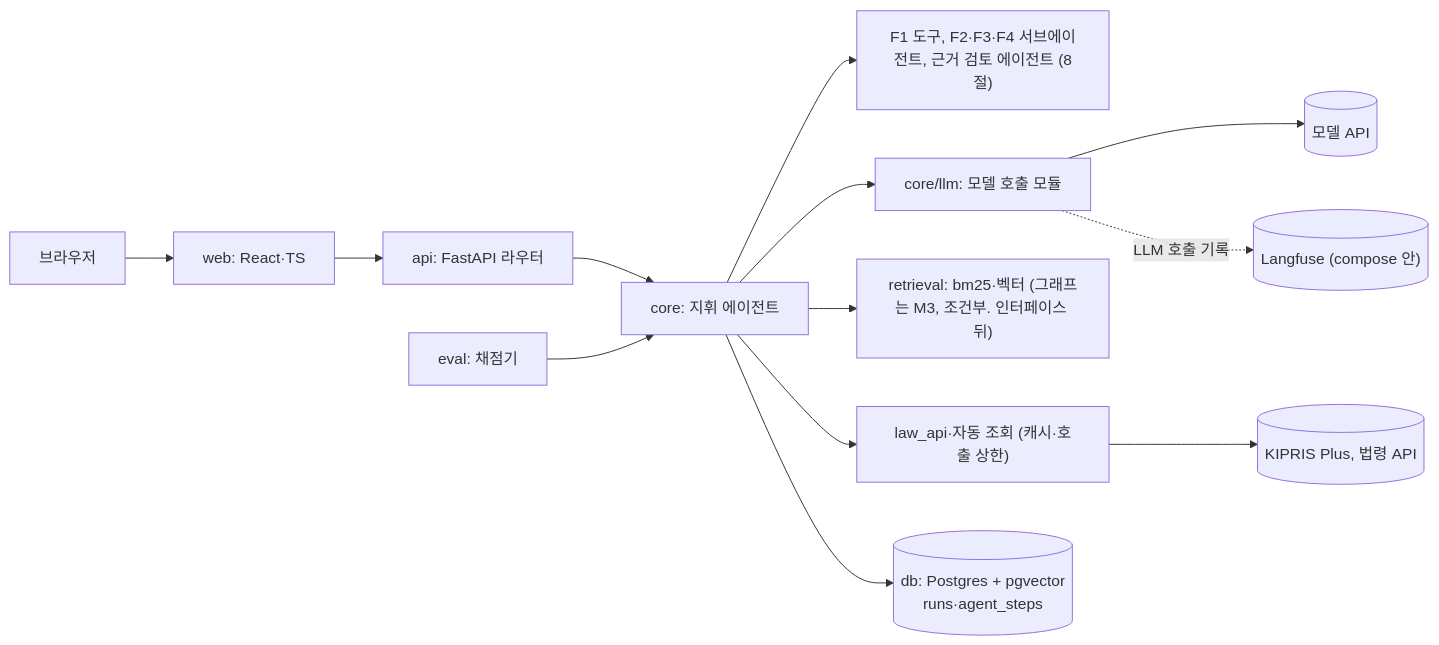
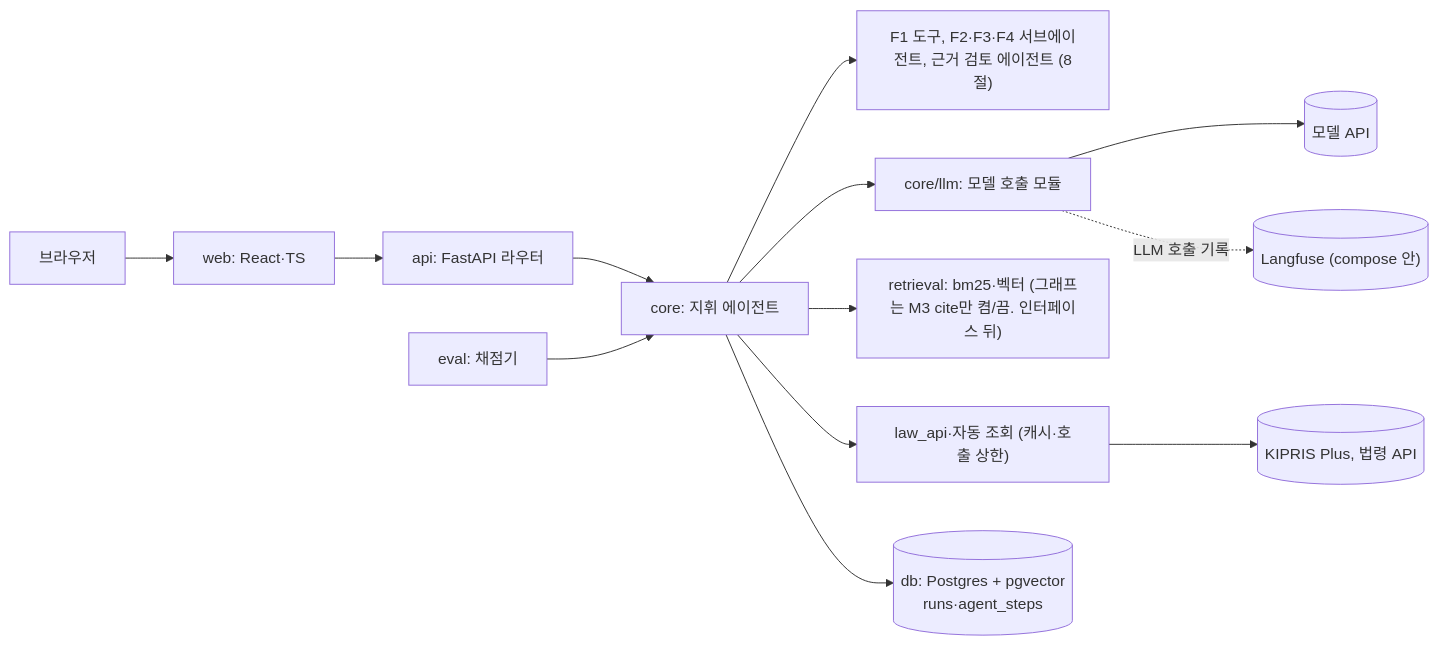
The first of 2 diagrams in docs/architecture.md (merge-mates/patent-ai-workspace), drawn with Mermaid before and after one commit. The commit also changed other lines of this file and 9 other files, not shown here.

````diff
--- a/docs/architecture.md
+++ b/docs/architecture.md
@@ -6,13 +6,13 @@
 ```mermaid
 flowchart LR
   B[브라우저] --> W["web: React·TS"]
   W --> A["api: FastAPI 라우터"]
   A --> O["core: 지휘 에이전트"]
   O --> S["F1 도구, F2·F3·F4 서브에이전트, 근거 검토 에이전트 (8절)"]
   O --> L["core/llm: 모델 호출 모듈"] --> M[(모델 API)]
-  O --> R["retrieval: bm25·벡터 (그래프는 M3, 조건부. 인터페이스 뒤)"]
+  O --> R["retrieval: bm25·벡터 (그래프는 M3 cite만 켬/끔. 인터페이스 뒤)"]
   O --> X["law_api·자동 조회 (캐시·호출 상한)"] --> K[(KIPRIS Plus, 법령 API)]
   O --> D[("db: Postgres + pgvector<br/>runs·agent_steps")]
   L -.LLM 호출 기록.-> LF[("Langfuse (compose 안)")]
   E["eval: 채점기"] --> O
 ```
````
